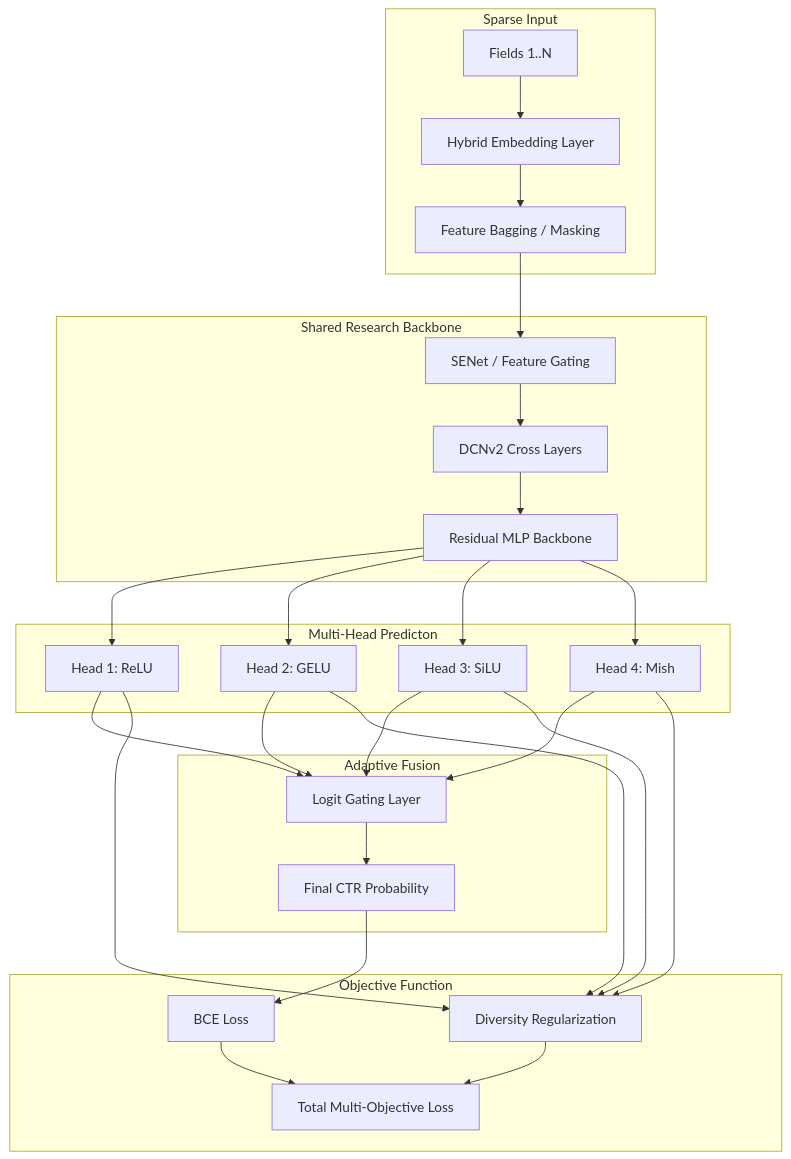
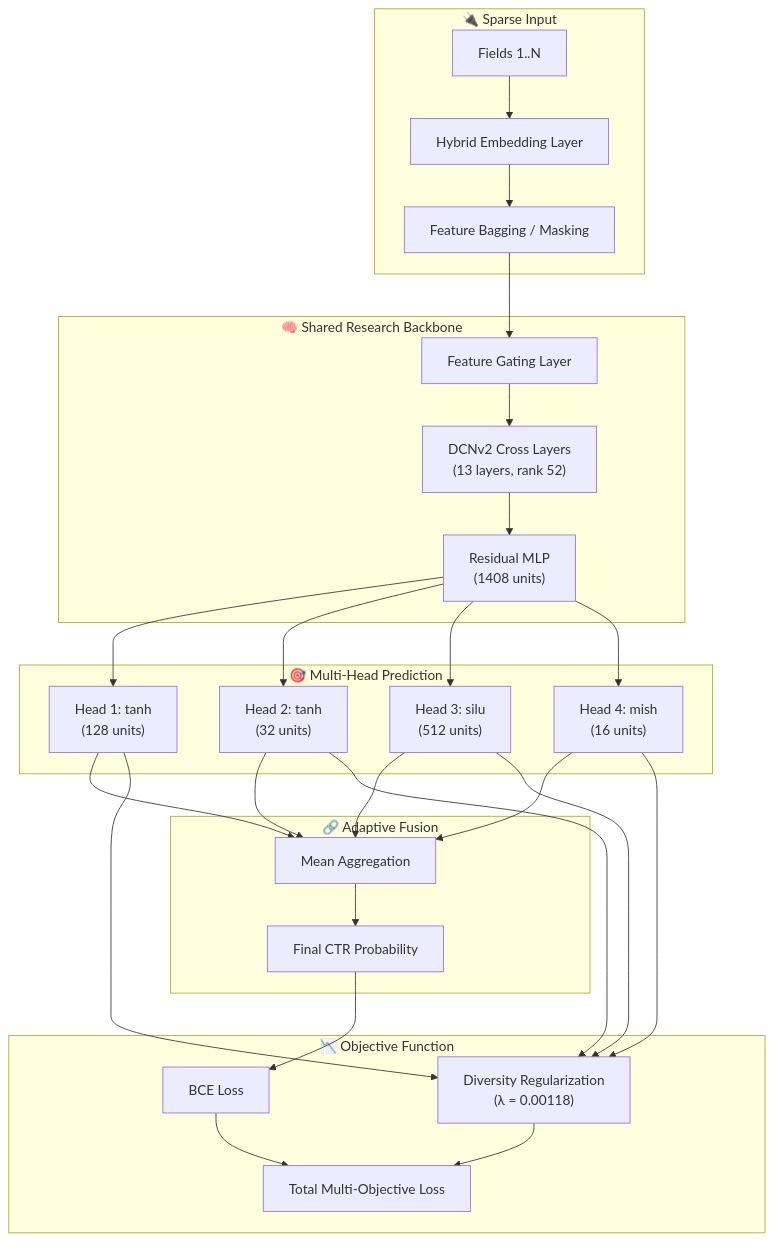
Before and after one commit to Alishahryar1/avazu-ctr: the diagram in README.md, drawn with Mermaid. The commit also changed other lines of this file, not shown here.

````diff
--- a/README.md
+++ b/README.md
@@ -50,31 +164,31 @@
 ```mermaid
 graph TD
-    subgraph Input["Sparse Input"]
+    subgraph Input["🔌 Sparse Input"]
         F1[Fields 1..N] --> EMB[Hybrid Embedding Layer]
         EMB --> BAG[Feature Bagging / Masking]
     end
 
-    subgraph Backbone["Shared Research Backbone"]
-        BAG --> SE[SENet / Feature Gating]
-        SE --> DCN[DCNv2 Cross Layers]
-        DCN --> MLP[Residual MLP Backbone]
+    subgraph Backbone["🧠 Shared Research Backbone"]
+        BAG --> FG[Feature Gating Layer]
+        FG --> DCN["DCNv2 Cross Layers<br/>(13 layers, rank 52)"]
+        DCN --> MLP["Residual MLP<br/>(1408 units)"]
     end
 
-    subgraph DiverseHeads["Multi-Head Predicton"]
-        MLP --> H1[Head 1: ReLU]
-        MLP --> H2[Head 2: GELU]
-        MLP --> H3[Head 3: SiLU]
-        MLP --> H4[Head 4: Mish]
+    subgraph DiverseHeads["🎯 Multi-Head Prediction"]
+        MLP --> H1["Head 1: tanh<br/>(128 units)"]
+        MLP --> H2["Head 2: tanh<br/>(32 units)"]
+        MLP --> H3["Head 3: silu<br/>(512 units)"]
+        MLP --> H4["Head 4: mish<br/>(16 units)"]
     end
 
-    subgraph Aggregation["Adaptive Fusion"]
-        H1 & H2 & H3 & H4 --> GATE[Logit Gating Layer]
-        GATE --> OUT[Final CTR Probability]
+    subgraph Aggregation["🔗 Adaptive Fusion"]
+        H1 & H2 & H3 & H4 --> AGG[Mean Aggregation]
+        AGG --> OUT[Final CTR Probability]
     end
 
-    subgraph Optimization["Objective Function"]
+    subgraph Optimization["📉 Objective Function"]
         OUT --> BCE[BCE Loss]
-        H1 & H2 & H3 & H4 --> DIV[Diversity Regularization]
+        H1 & H2 & H3 & H4 --> DIV["Diversity Regularization<br/>(λ = 0.00118)"]
         BCE & DIV --> LOSS[Total Multi-Objective Loss]
     end
 ```
````
